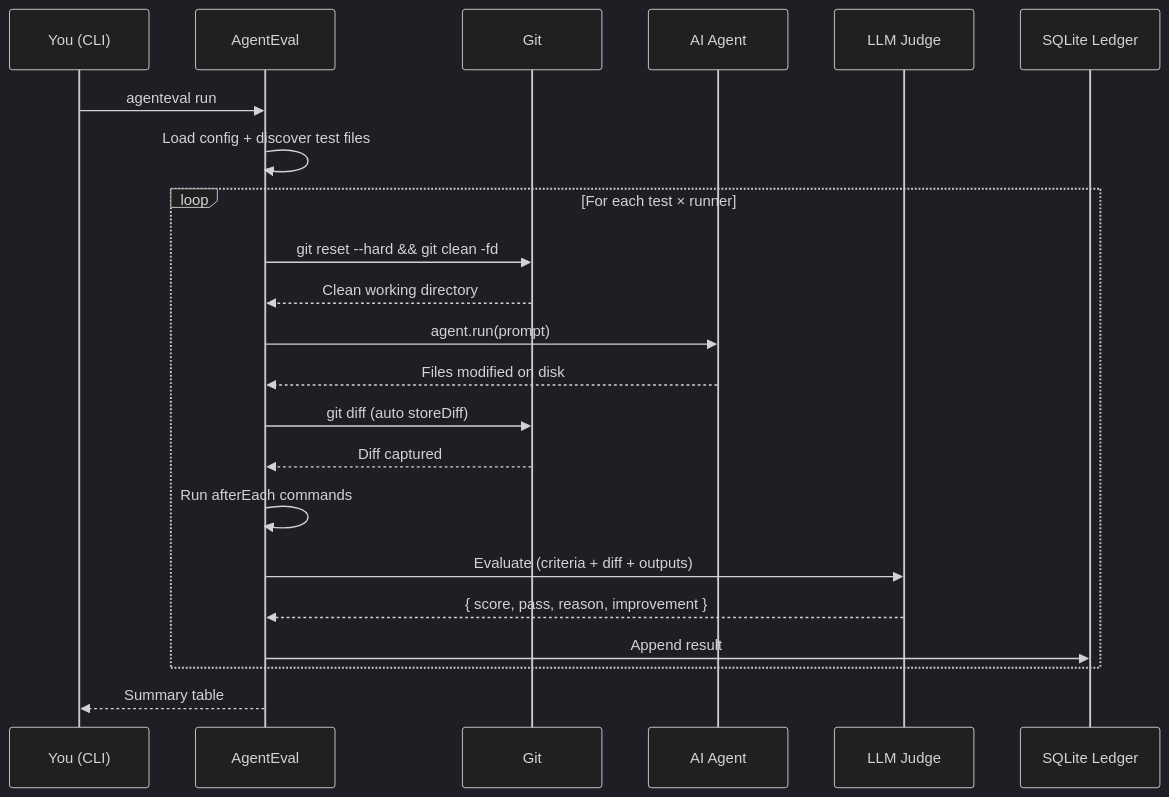
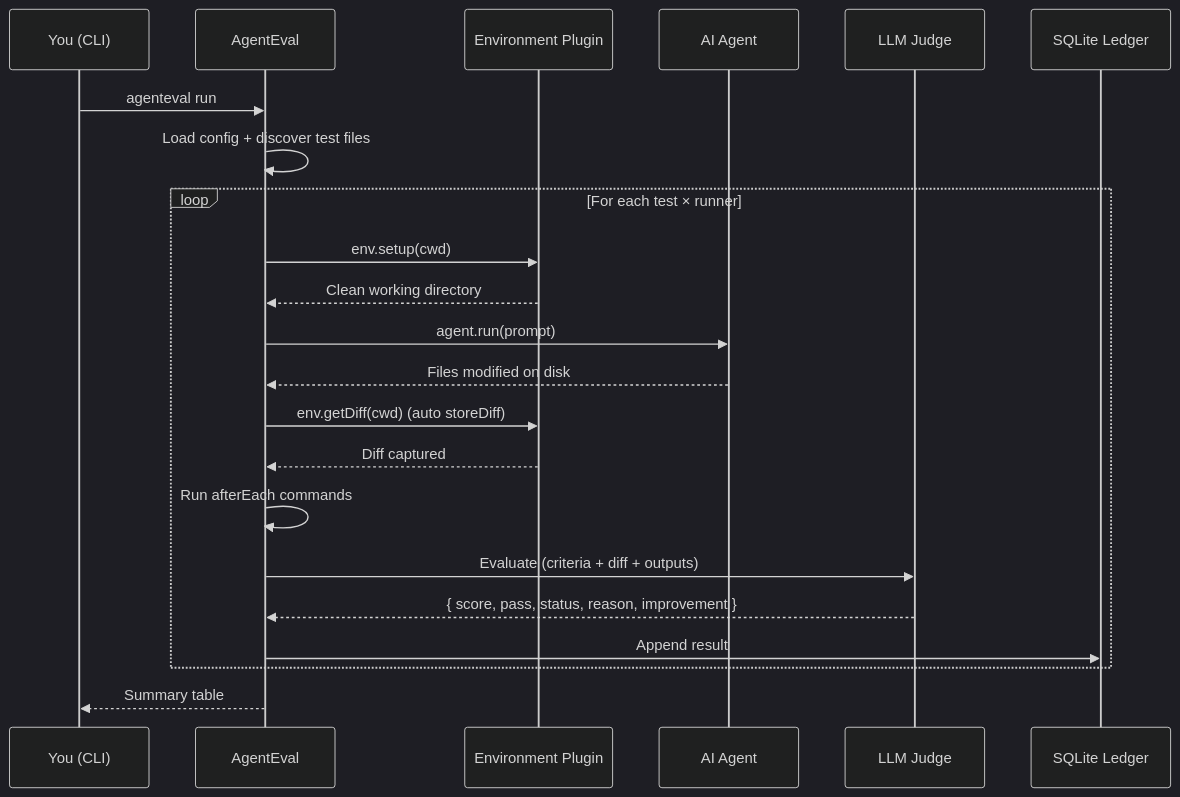
Before and after one commit to Tlahey/agent-eval: the second of 2 diagrams in apps/docs/guide/getting-started.md, drawn with Mermaid (dark theme). The commit also changed other lines of this file and 10 other files, not shown here.

````diff
--- a/apps/docs/guide/getting-started.md
+++ b/apps/docs/guide/getting-started.md
@@ -105,27 +105,27 @@
 ```mermaid
 sequenceDiagram
     participant You as You (CLI)
     participant AE as AgentEval
-    participant Git as Git
+    participant Env as Environment Plugin
     participant Agent as AI Agent
     participant Judge as LLM Judge
     participant DB as SQLite Ledger
 
     You->>AE: agenteval run
     AE->>AE: Load config + discover test files
 
     loop For each test × runner
-        AE->>Git: git reset --hard && git clean -fd
-        Git-->>AE: Clean working directory
+        AE->>Env: env.setup(cwd)
+        Env-->>AE: Clean working directory
         AE->>Agent: agent.run(prompt)
         Agent-->>AE: Files modified on disk
-        AE->>Git: git diff (auto storeDiff)
-        Git-->>AE: Diff captured
+        AE->>Env: env.getDiff(cwd) (auto storeDiff)
+        Env-->>AE: Diff captured
         AE->>AE: Run afterEach commands
         AE->>Judge: Evaluate (criteria + diff + outputs)
-        Judge-->>AE: { score, pass, reason, improvement }
+        Judge-->>AE: { score, pass, status, reason, improvement }
         AE->>DB: Append result
     end
 
     AE-->>You: Summary table
 ```
````
